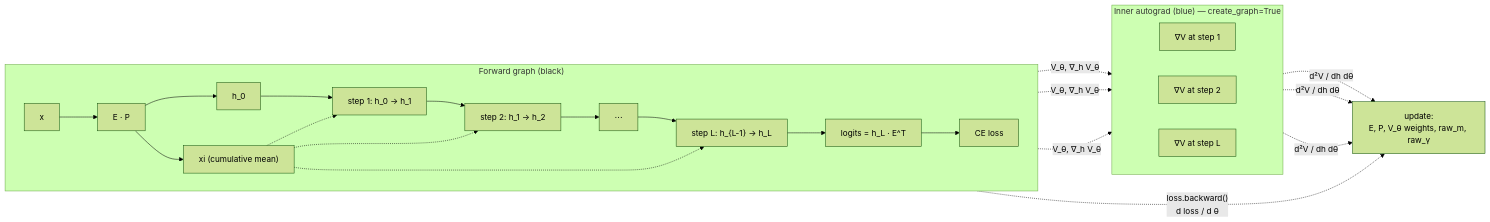
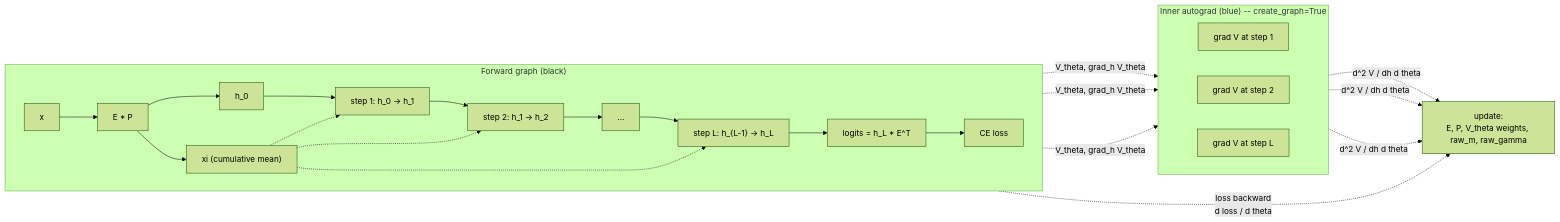
The fourth of 5 diagrams in companion_notes/Training_and_Inference_with_SPLM.md (dimitarpg13/semsimula-paper), drawn with Mermaid (forest theme) before and after one commit. The commit also changed other lines of this file and 36 other files, not shown here.

First line of the commit message:
Sync companion notes: Claim A status update, Mermaid/LaTeX fixes, new files

````diff
--- a/companion_notes/Training_and_Inference_with_SPLM.md
+++ b/companion_notes/Training_and_Inference_with_SPLM.md
@@ -233,30 +233,30 @@
 ```mermaid
 flowchart LR
     subgraph FWD["Forward graph (black)"]
       direction LR
-      X[x] --> EMB["E · P"]
+      X[x] --> EMB["E * P"]
       EMB --> H0[h_0]
       EMB --> XI["xi (cumulative mean)"]
-      H0 --> STEP1["step 1: h_0 → h_1"]
+      H0 --> STEP1["step 1: h_0 -> h_1"]
       XI -.-> STEP1
-      STEP1 --> STEP2["step 2: h_1 → h_2"]
+      STEP1 --> STEP2["step 2: h_1 -> h_2"]
       XI -.-> STEP2
-      STEP2 --> DOTS["⋯"]
-      DOTS --> STEPL["step L: h_{L-1} → h_L"]
+      STEP2 --> DOTS["..."]
+      DOTS --> STEPL["step L: h_{L-1} -> h_L"]
       XI -.-> STEPL
-      STEPL --> LOGITS["logits = h_L · E^T"]
+      STEPL --> LOGITS["logits = h_L * E^T"]
       LOGITS --> LOSS["CE loss"]
     end
 
-    subgraph INNER["Inner autograd (blue) — create_graph=True"]
+    subgraph INNER["Inner autograd (blue) -- create_graph=True"]
       direction LR
-      STEP1 -. "V_θ, ∇_h V_θ" .-> INNER1["∇V at step 1"]
-      STEP2 -. "V_θ, ∇_h V_θ" .-> INNER2["∇V at step 2"]
-      STEPL -. "V_θ, ∇_h V_θ" .-> INNERL["∇V at step L"]
+      STEP1 -. "V_theta, grad_h V_theta" .-> INNER1["grad V at step 1"]
+      STEP2 -. "V_theta, grad_h V_theta" .-> INNER2["grad V at step 2"]
+      STEPL -. "V_theta, grad_h V_theta" .-> INNERL["grad V at step L"]
     end
 
-    LOSS -. "loss.backward()<br/>d loss / d θ" .-> THETA["update:<br/>E, P, V_θ weights, raw_m, raw_γ"]
-    INNER1 -. "d²V / dh dθ" .-> THETA
-    INNER2 -. "d²V / dh dθ" .-> THETA
-    INNERL -. "d²V / dh dθ" .-> THETA
+    LOSS -.->|"loss backward<br>d loss / d theta"| THETA["update:<br>E, P, V_theta weights, raw_m, raw_gamma"]
+    INNER1 -. "d^2 V / dh d theta" .-> THETA
+    INNER2 -. "d^2 V / dh d theta" .-> THETA
+    INNERL -. "d^2 V / dh d theta" .-> THETA
 ```
````
